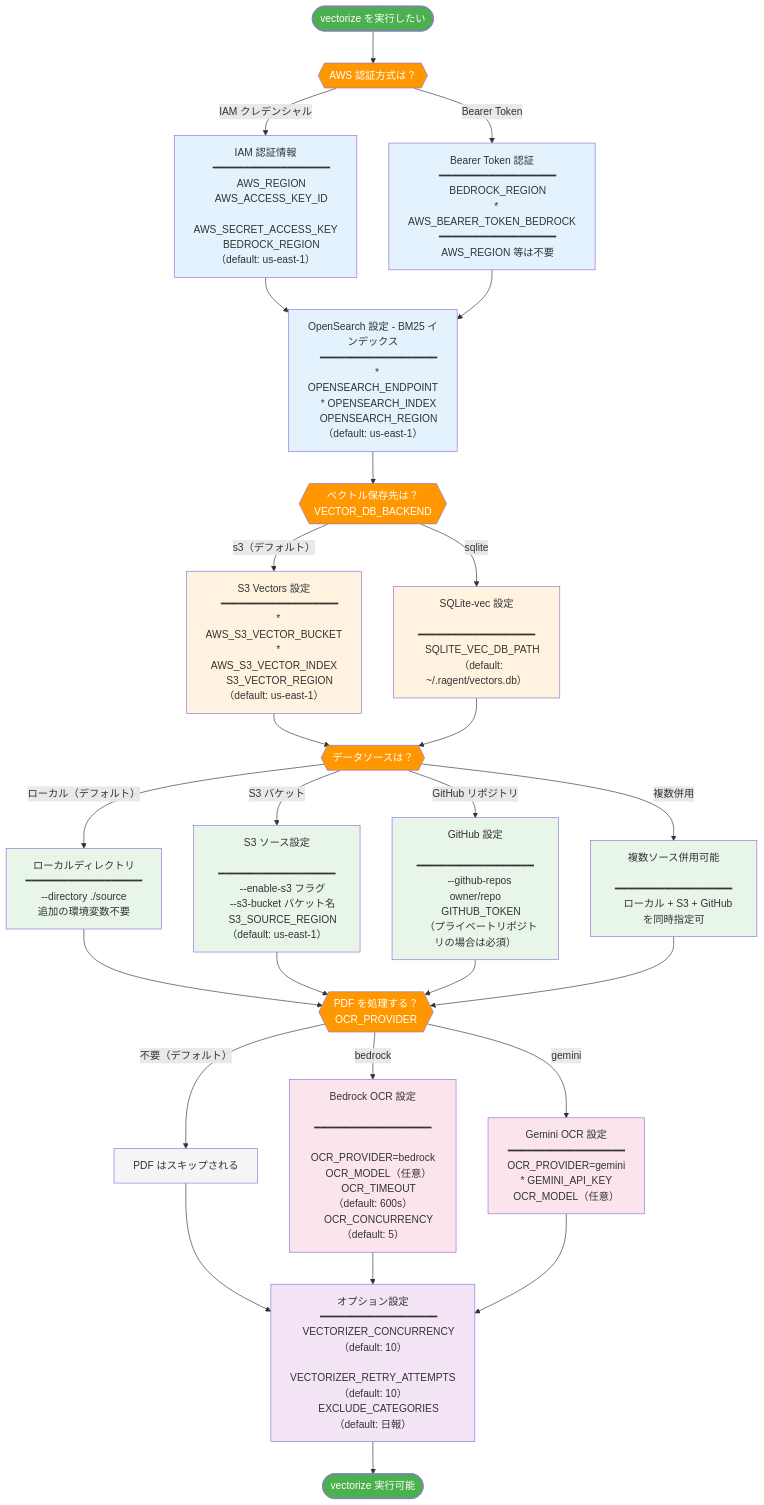
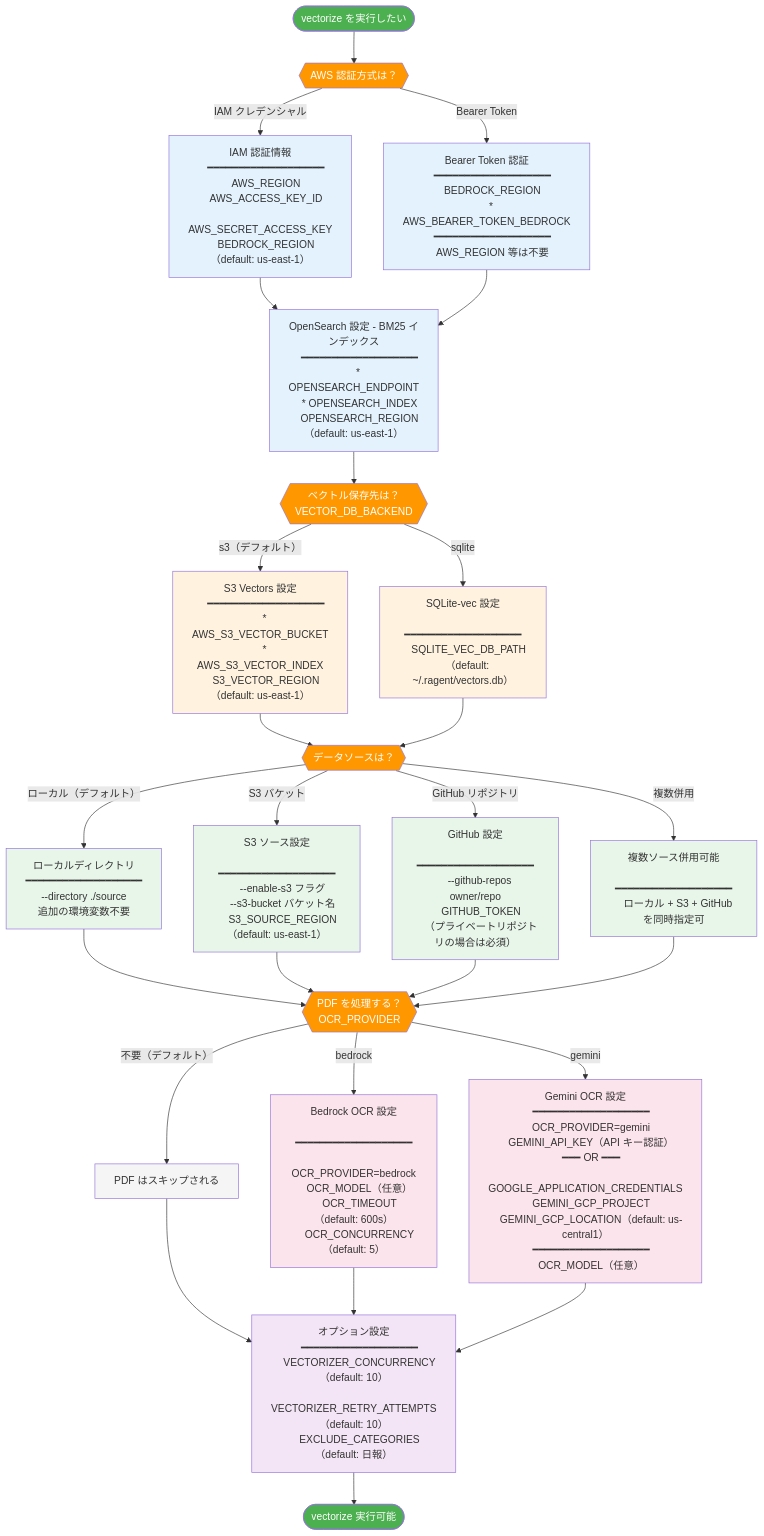
The first of 8 diagrams in README_ja.md (ca-srg/ragent), drawn with Mermaid before and after one commit. The commit also changed other lines of this file and 22 other files, not shown here.

```diff
--- a/README_ja.md
+++ b/README_ja.md
@@ -187,7 +187,12 @@
     OCR -->|gemini| OCRGemini["Gemini OCR 設定
     ━━━━━━━━━━━━━━━━━━━
     OCR_PROVIDER=gemini
-    * GEMINI_API_KEY
+    GEMINI_API_KEY（API キー認証）
+    ━━━ OR ━━━
+    GOOGLE_APPLICATION_CREDENTIALS
+    GEMINI_GCP_PROJECT
+    GEMINI_GCP_LOCATION（default: us-central1）
+    ━━━━━━━━━━━━━━━━━━━
     OCR_MODEL（任意）"]
 
     NoOCR --> Optional
```
